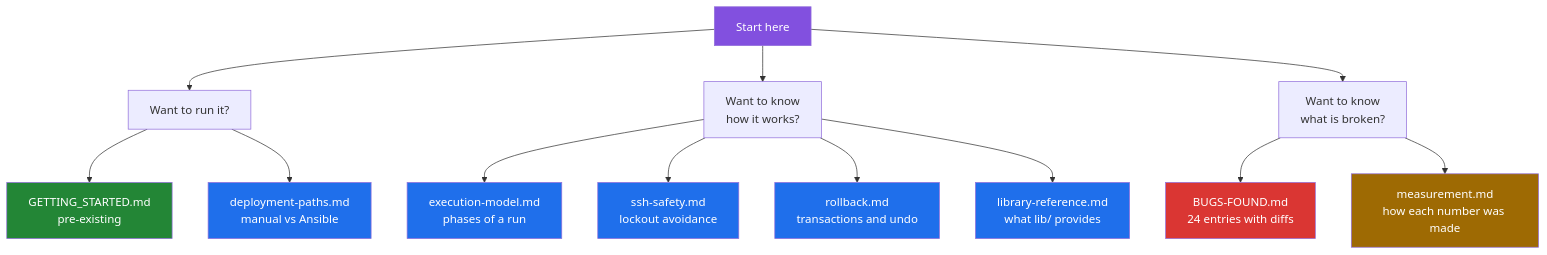
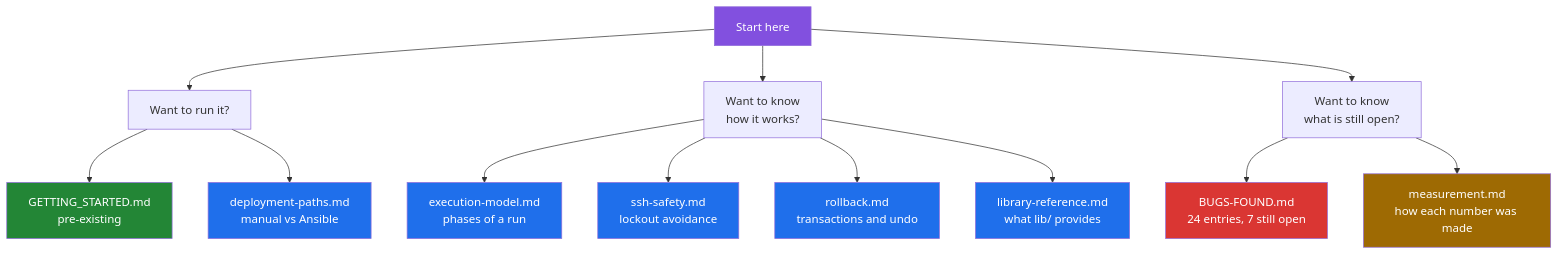
Before and after one commit to Bissbert/POSIX-hardening: the diagram in docs/README.md, drawn with Mermaid. The commit also changed other lines of this file and 35 other files, not shown here.

````diff
--- a/docs/README.md
+++ b/docs/README.md
@@ -16,29 +16,29 @@
 ```mermaid
 flowchart TD
     START["Start here"]
 
     START --> Q1["Want to run it?"]
     START --> Q2["Want to know<br/>how it works?"]
-    START --> Q3["Want to know<br/>what is broken?"]
+    START --> Q3["Want to know<br/>what is still open?"]
 
     Q1 --> GS["GETTING_STARTED.md<br/>pre-existing"]
     Q1 --> DP["deployment-paths.md<br/>manual vs Ansible"]
 
     Q2 --> EM["execution-model.md<br/>phases of a run"]
     Q2 --> SS["ssh-safety.md<br/>lockout avoidance"]
     Q2 --> RB["rollback.md<br/>transactions and undo"]
     Q2 --> LR["library-reference.md<br/>what lib/ provides"]
 
-    Q3 --> BF["BUGS-FOUND.md<br/>24 entries with diffs"]
+    Q3 --> BF["BUGS-FOUND.md<br/>24 entries, 7 still open"]
     Q3 --> MS["measurement.md<br/>how each number was made"]
 
     style START fill:#8250df,color:#fff
     style EM fill:#1f6feb,color:#fff
     style SS fill:#1f6feb,color:#fff
     style RB fill:#1f6feb,color:#fff
     style LR fill:#1f6feb,color:#fff
     style DP fill:#1f6feb,color:#fff
     style BF fill:#da3633,color:#fff
     style MS fill:#9e6a03,color:#fff
     style GS fill:#238636,color:#fff
 ```
````
